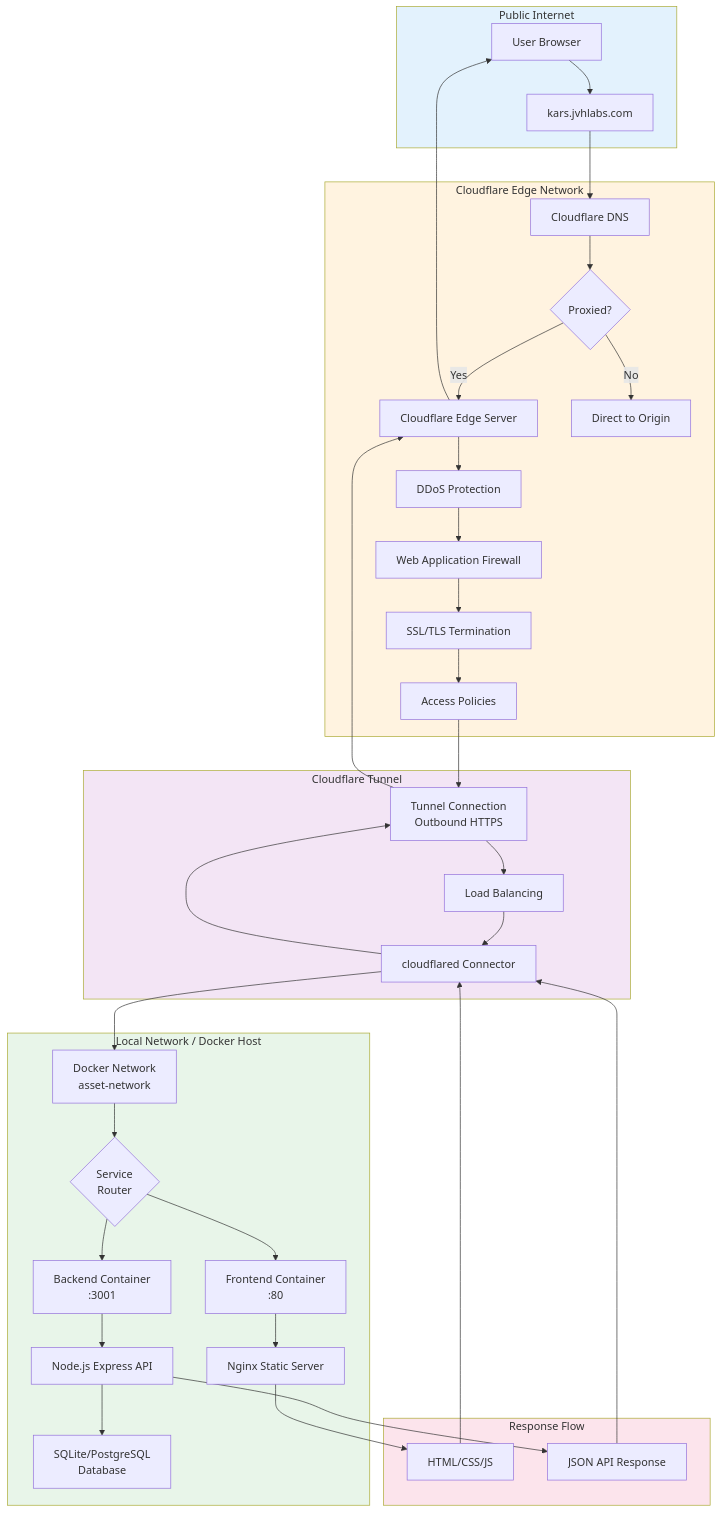
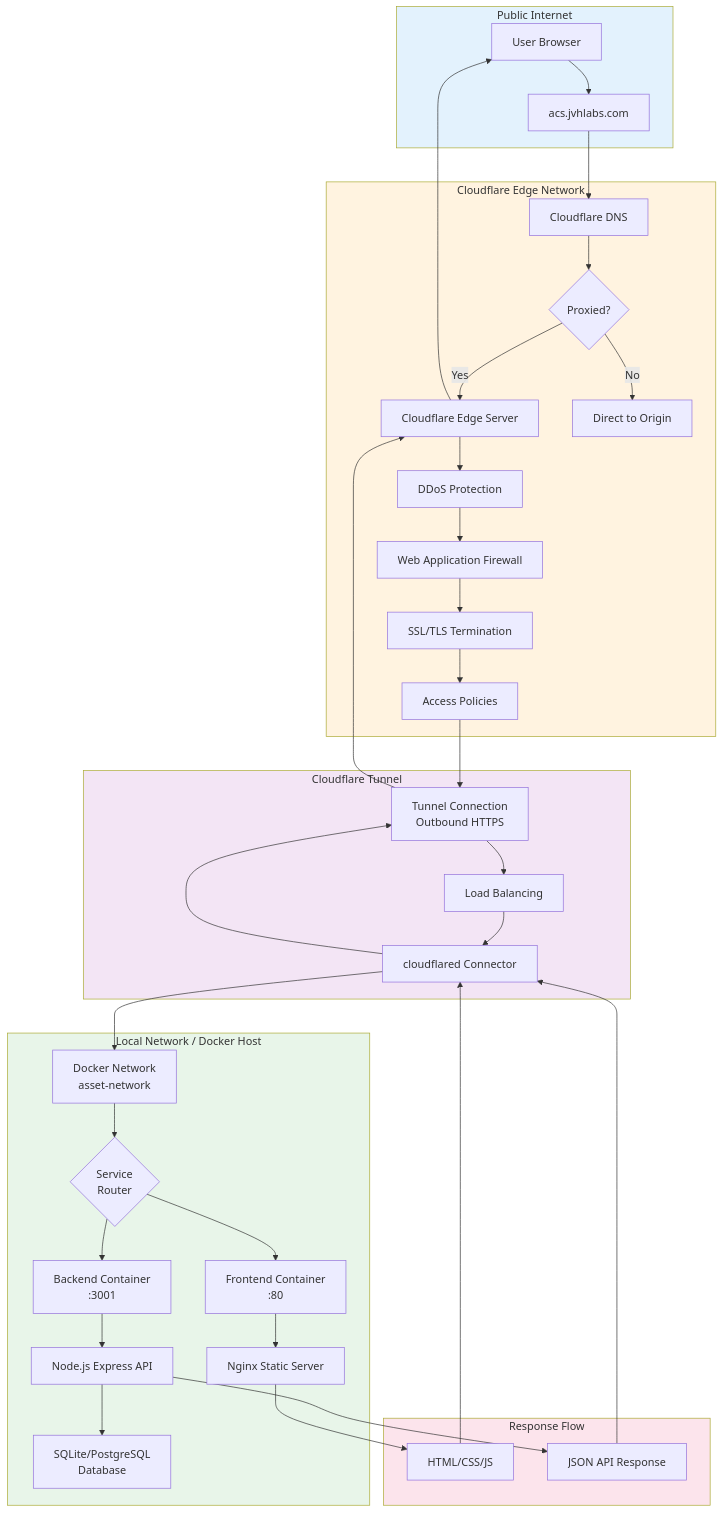
Before and after one commit to humac/claude_app_poc: the diagram in devops/diagrams/cloudflare-tunnel.md, drawn with Mermaid. The commit also changed other lines of this file and 27 other files, not shown here.

First line of the commit message:
docs: Replace KARS domains with ACS domains (Phase 6)

````diff
--- a/devops/diagrams/cloudflare-tunnel.md
+++ b/devops/diagrams/cloudflare-tunnel.md
@@ -7,53 +7,53 @@
 ```mermaid
 flowchart TB
     subgraph Internet["Public Internet"]
-        A[User Browser] --> B[kars.jvhlabs.com]
+        A[User Browser] --> B[acs.jvhlabs.com]
     end
     
     subgraph CloudflareEdge["Cloudflare Edge Network"]
         B --> C[Cloudflare DNS]
         C --> D{Proxied?}
         D -->|Yes| E[Cloudflare Edge Server]
         D -->|No| F[Direct to Origin]
         
         E --> G[DDoS Protection]
         G --> H[Web Application Firewall]
         H --> I[SSL/TLS Termination]
         I --> J[Access Policies]
     end
     
     subgraph CloudflareTunnel["Cloudflare Tunnel"]
         J --> K[Tunnel Connection<br/>Outbound HTTPS]
         K --> L[Load Balancing]
         L --> M[cloudflared Connector]
     end
     
     subgraph LocalNetwork["Local Network / Docker Host"]
         M --> N[Docker Network<br/>asset-network]
         N --> O{Service<br/>Router}
         
         O --> P[Frontend Container<br/>:80]
         O --> Q[Backend Container<br/>:3001]
         
         P --> R[Nginx Static Server]
         Q --> S[Node.js Express API]
         S --> T[SQLite/PostgreSQL<br/>Database]
     end
     
     subgraph Response["Response Flow"]
         R --> U[HTML/CSS/JS]
         S --> V[JSON API Response]
         
         U --> M
         V --> M
         M --> K
         K --> E
         E --> A
     end
     
     style Internet fill:#e3f2fd
     style CloudflareEdge fill:#fff3e0
     style CloudflareTunnel fill:#f3e5f5
     style LocalNetwork fill:#e8f5e9
     style Response fill:#fce4ec
 ```
````
